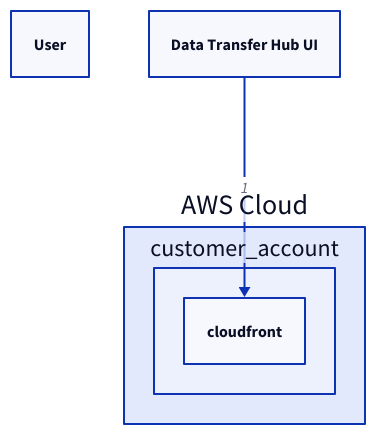
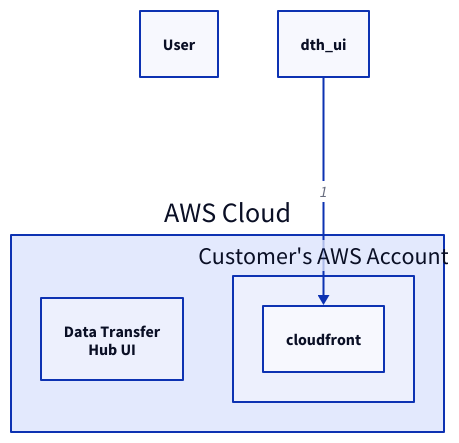
One commit to fif911/mcp_excalidraw changed the sixth of 10 diagrams in skills/excalidraw-diagramming/SKILL.md. Above: the diagram before and after it, drawn with D2. The commit also changed other lines of this file, not shown here.

Commit message:
docs: fix external actor placement — check reference, don't assume outside
The skill incorrectly said "Place outside all containers". In practice,
actors like DTH UI can be inside AWS Cloud but outside account containers.
The reference image is the authority for each actor's nesting level.

````diff
--- a/skills/excalidraw-diagramming/SKILL.md
+++ b/skills/excalidraw-diagramming/SKILL.md
@@ -76,11 +78,14 @@
 ```d2
+# Actor OUTSIDE AWS Cloud (at root level)
+user: User
+
+# Actor INSIDE AWS Cloud but OUTSIDE account containers
 aws_cloud: AWS Cloud {
-  # ... services inside
+  dth_ui: Data Transfer\nHub UI
+  customer_account: Customer's AWS Account {
+    # ... services inside
+  }
 }
-
-# External actors outside aws_cloud
-user: User
-dth_ui: Data Transfer Hub UI
 
 dth_ui -> aws_cloud.customer_account.cloudfront: 1
 ```
````
